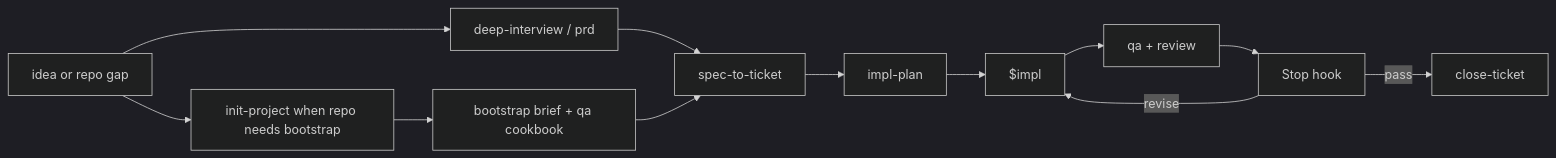
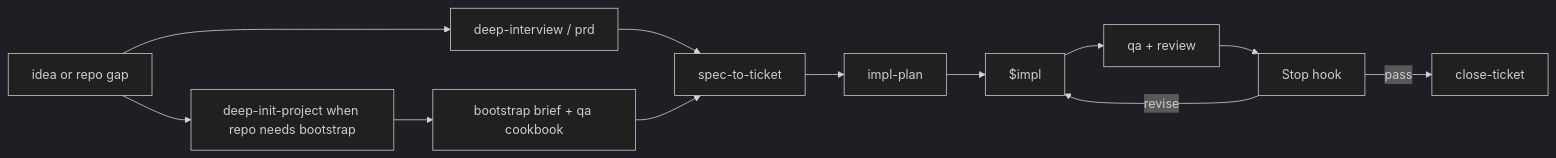
One commit to ZanarkandTechnologies/Farplane changed the diagram in README.md. Above: the diagram before and after it, drawn with Mermaid (dark theme). The commit also changed other lines of this file and 13 other files, not shown here.

````diff
--- a/README.md
+++ b/README.md
@@ -78,14 +81,14 @@
 ```mermaid
 flowchart LR
-    A[idea or repo gap] --> B[init-project when repo needs bootstrap]
+    A[idea or repo gap] --> B[deep-init-project when repo needs bootstrap]
     A --> C[deep-interview / prd]
     B --> D[bootstrap brief + qa cookbook]
     C --> E[spec-to-ticket]
     D --> E
     E --> F[impl-plan]
     F --> G[$impl]
     G --> H[qa + review]
     H --> I[Stop hook]
     I -->|revise| G
     I -->|pass| J[close-ticket]
 ```
````
